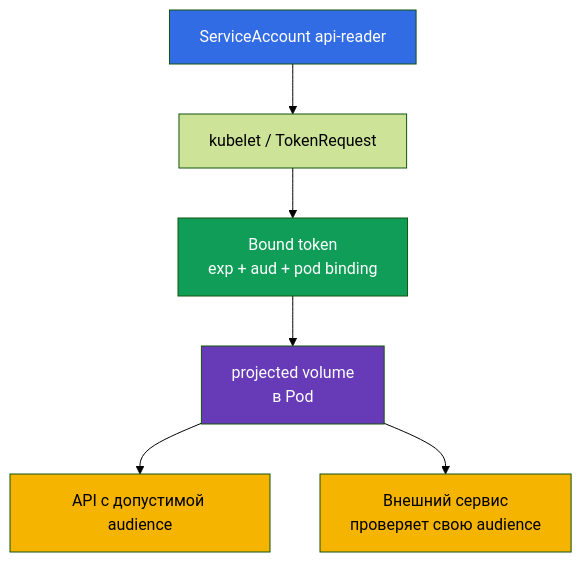
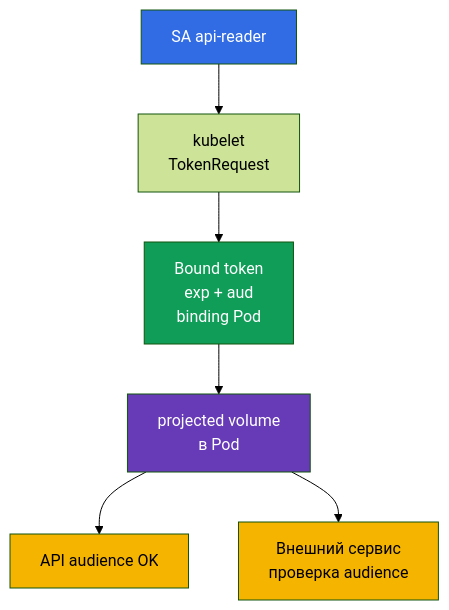
The third of 3 diagrams in tasks/cks/course/11/ru.md (ViktorUJ/cks), drawn with Mermaid (forest theme) before and after one commit. The commit also changed other lines of this file and 38 other files, not shown here.

````diff
--- a/tasks/cks/course/11/ru.md
+++ b/tasks/cks/course/11/ru.md
@@ -139,13 +144,13 @@
 ```mermaid
 flowchart TB
-    sa["ServiceAccount api-reader"] --> kubelet["kubelet / TokenRequest"]
-    kubelet --> jwt["Bound token<br/>exp + aud + pod binding"]
+    sa["SA api-reader"] --> kubelet["kubelet<br/>TokenRequest"]
+    kubelet --> jwt["Bound token<br/>exp + aud<br/>binding Pod"]
     jwt --> volume["projected volume<br/>в Pod"]
-    volume --> api["API с допустимой audience"]
-    volume --> ext["Внешний сервис<br/>проверяет свою audience"]
+    volume --> api["API audience OK"]
+    volume --> ext["Внешний сервис<br/>проверка audience"]
     style sa fill:#326ce5,color:#fff
     style jwt fill:#0f9d58,color:#fff
     style volume fill:#673ab7,color:#fff
     style api fill:#f4b400,color:#000
     style ext fill:#f4b400,color:#000
 ```
````
